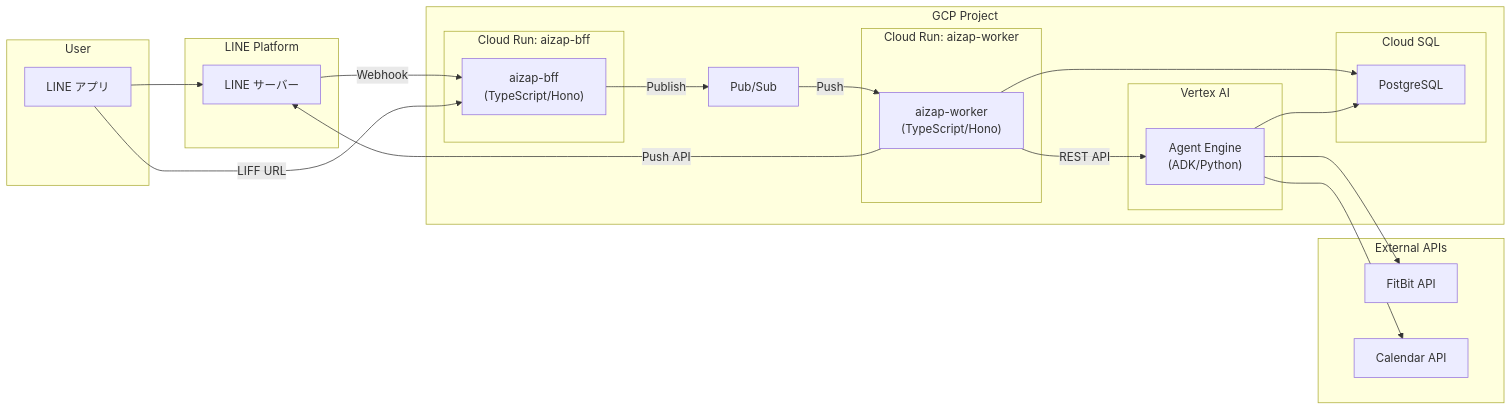
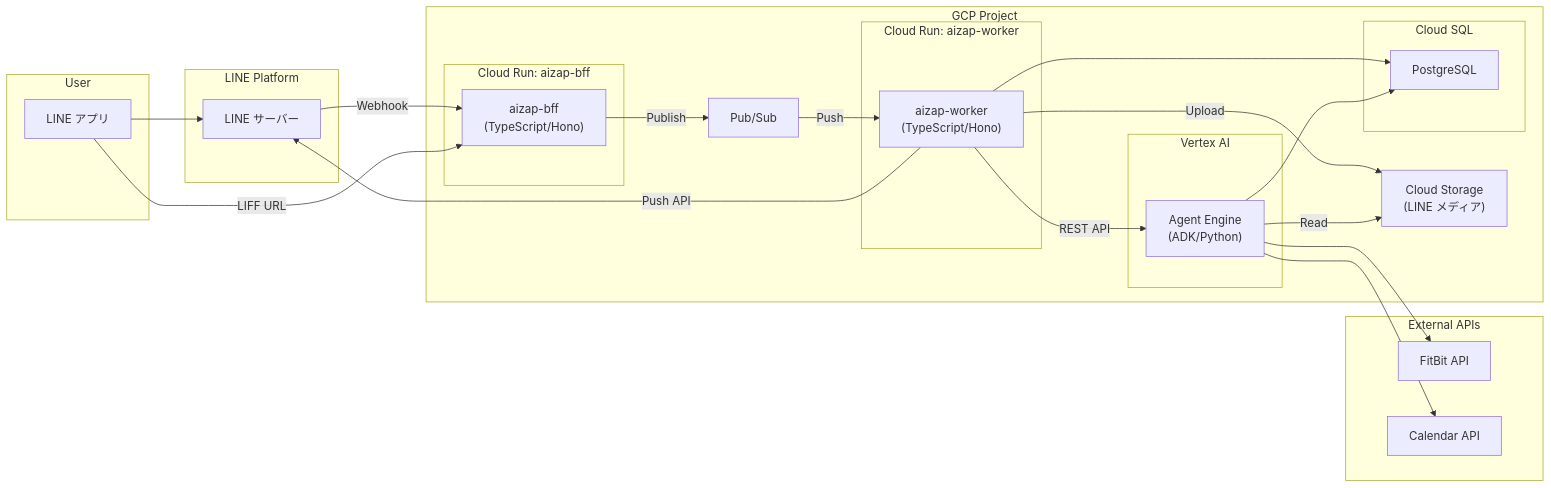
The diagram in docs/architecture.md (heyhey1028/aizap), drawn with Mermaid before and after one commit. The commit also changed other lines of this file, not shown here.

First line of the commit message:
docs: アーキテクチャ図に GCS を追加

````diff
--- a/docs/architecture.md
+++ b/docs/architecture.md
@@ -10,54 +10,59 @@
 ```mermaid
 flowchart LR
     subgraph User["User"]
         LINEApp["LINE アプリ"]
     end
 
     subgraph LINE["LINE Platform"]
         LINEServer["LINE サーバー"]
     end
 
     subgraph GCP["GCP Project"]
         subgraph CloudRunBFF["Cloud Run: aizap-bff"]
             BFF["aizap-bff\n(TypeScript/Hono)"]
         end
 
         subgraph CloudRunWorker["Cloud Run: aizap-worker"]
             Worker["aizap-worker\n(TypeScript/Hono)"]
         end
 
         PubSub["Pub/Sub"]
+        GCS["Cloud Storage\n(LINE メディア)"]
 
         subgraph CloudSQL["Cloud SQL"]
             PostgreSQL["PostgreSQL"]
         end
 
         subgraph VertexAI["Vertex AI"]
             AgentEngine["Agent Engine\n(ADK/Python)"]
         end
     end
 
     subgraph External["External APIs"]
         FitBit["FitBit API"]
         Calendar["Calendar API"]
     end
 
     %% Webhook flow (async)
     LINEApp --> LINEServer
     LINEServer -->|"Webhook"| BFF
     BFF -->|"Publish"| PubSub
     PubSub -->|"Push"| Worker
     Worker -->|"REST API"| AgentEngine
     Worker -->|"Push API"| LINEServer
 
     %% LIFF flow (sync)
     LINEApp -->|"LIFF URL"| BFF
 
+    %% Media storage
+    Worker -->|"Upload"| GCS
+    AgentEngine -->|"Read"| GCS
+
     %% Database connections (BFF は接続しない)
     Worker --> PostgreSQL
     AgentEngine --> PostgreSQL
 
     %% Agent Engine dependencies
     AgentEngine --> FitBit
     AgentEngine --> Calendar
 ```
````
